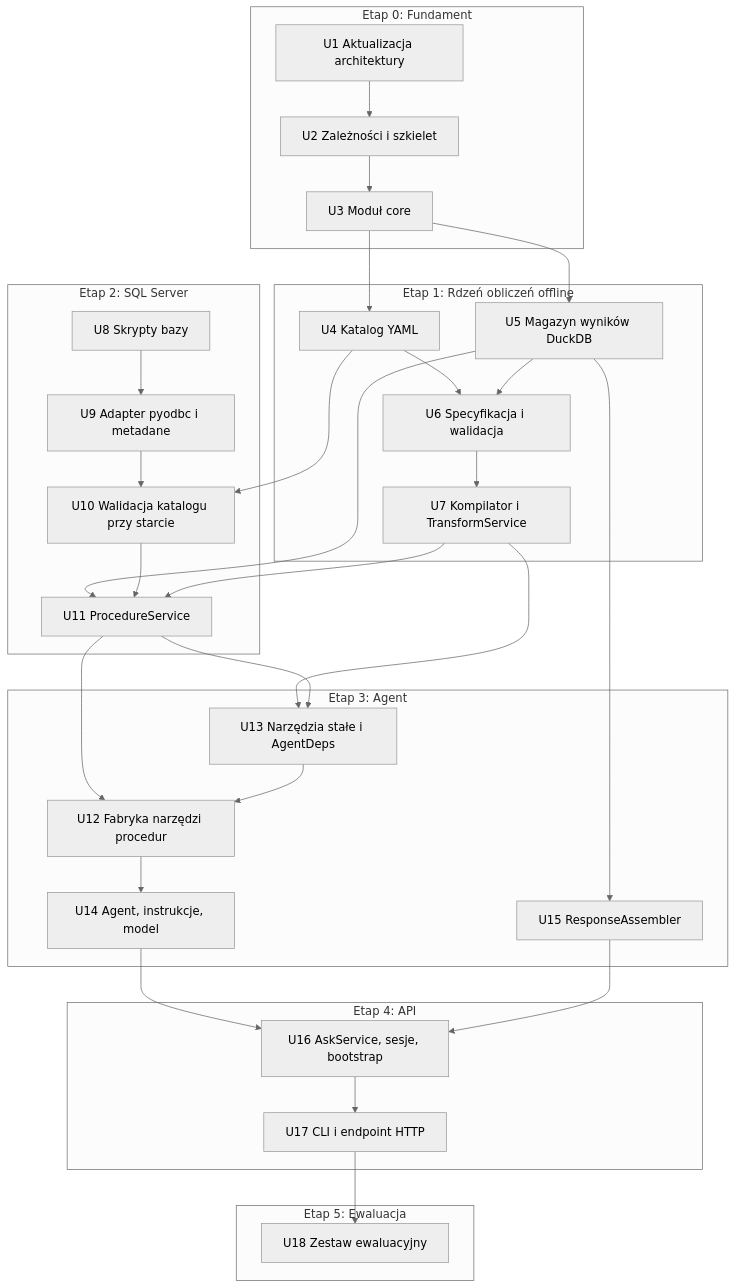
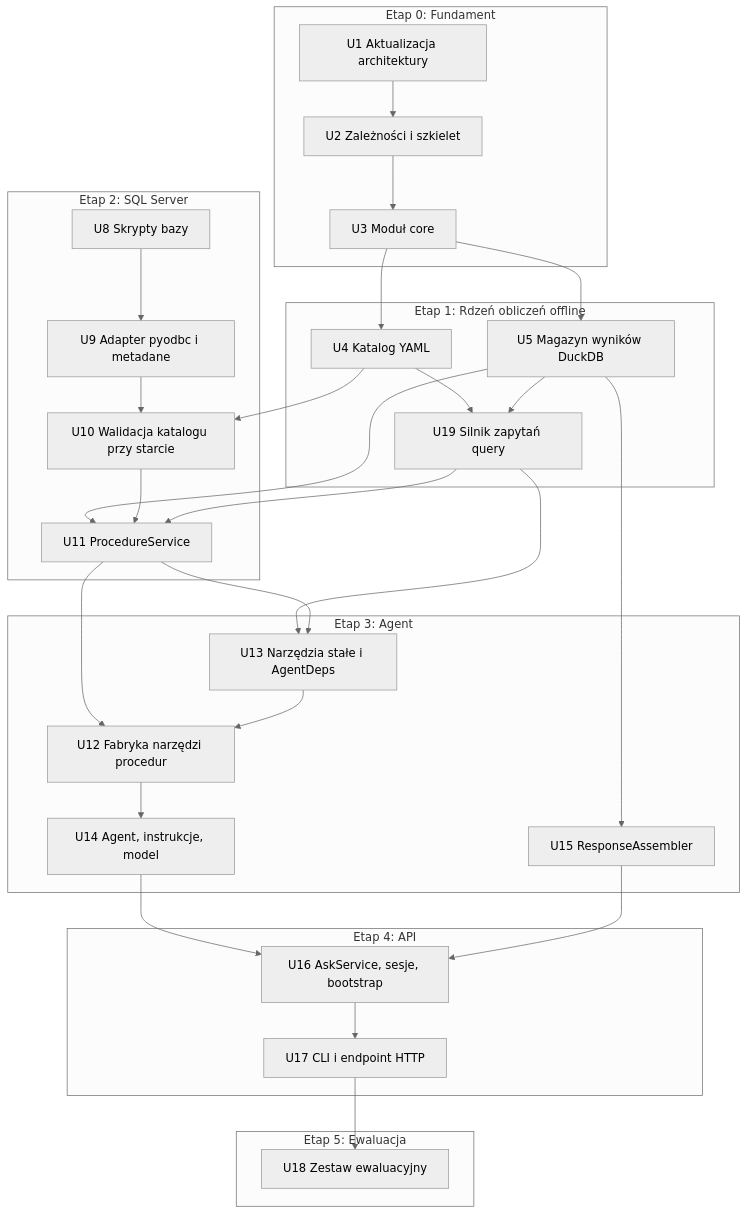
One commit to Pigula1984/data-concierge changed the first of 2 diagrams in docs/plans/2026-10-11-1011-feat-etapy-wdrozenia-v1-plan.md. Above: the diagram before and after it, drawn with Mermaid (neutral theme). The commit also changed other lines of this file and 33 other files, not shown here.

````diff
--- a/docs/plans/2026-10-11-1011-feat-etapy-wdrozenia-v1-plan.md
+++ b/docs/plans/2026-10-11-1011-feat-etapy-wdrozenia-v1-plan.md
@@ -119,45 +135,44 @@
 ```mermaid
 flowchart TB
   subgraph E0["Etap 0: Fundament"]
     U1[U1 Aktualizacja architektury]
     U2[U2 Zależności i szkielet]
     U3[U3 Moduł core]
   end
   subgraph E1["Etap 1: Rdzeń obliczeń offline"]
     U4[U4 Katalog YAML]
     U5[U5 Magazyn wyników DuckDB]
-    U6[U6 Specyfikacja i walidacja]
-    U7[U7 Kompilator i TransformService]
+    U19[U19 Silnik zapytań query]
   end
   subgraph E2["Etap 2: SQL Server"]
     U8[U8 Skrypty bazy]
     U9[U9 Adapter pyodbc i metadane]
     U10[U10 Walidacja katalogu przy starcie]
     U11[U11 ProcedureService]
   end
   subgraph E3["Etap 3: Agent"]
     U12[U12 Fabryka narzędzi procedur]
     U13[U13 Narzędzia stałe i AgentDeps]
     U14[U14 Agent, instrukcje, model]
     U15[U15 ResponseAssembler]
   end
   subgraph E4["Etap 4: API"]
     U16[U16 AskService, sesje, bootstrap]
     U17[U17 CLI i endpoint HTTP]
   end
   subgraph E5["Etap 5: Ewaluacja"]
     U18[U18 Zestaw ewaluacyjny]
   end
   U1 --> U2 --> U3
   U3 --> U4 & U5
-  U4 & U5 --> U6 --> U7
+  U4 & U5 --> U19
   U8 --> U9
   U4 & U9 --> U10
   U5 & U10 --> U11
-  U7 --> U11
-  U7 & U11 --> U13
+  U19 --> U11
+  U19 & U11 --> U13
   U11 & U13 --> U12
   U12 --> U14
   U5 --> U15
   U14 & U15 --> U16 --> U17 --> U18
 ```
````
